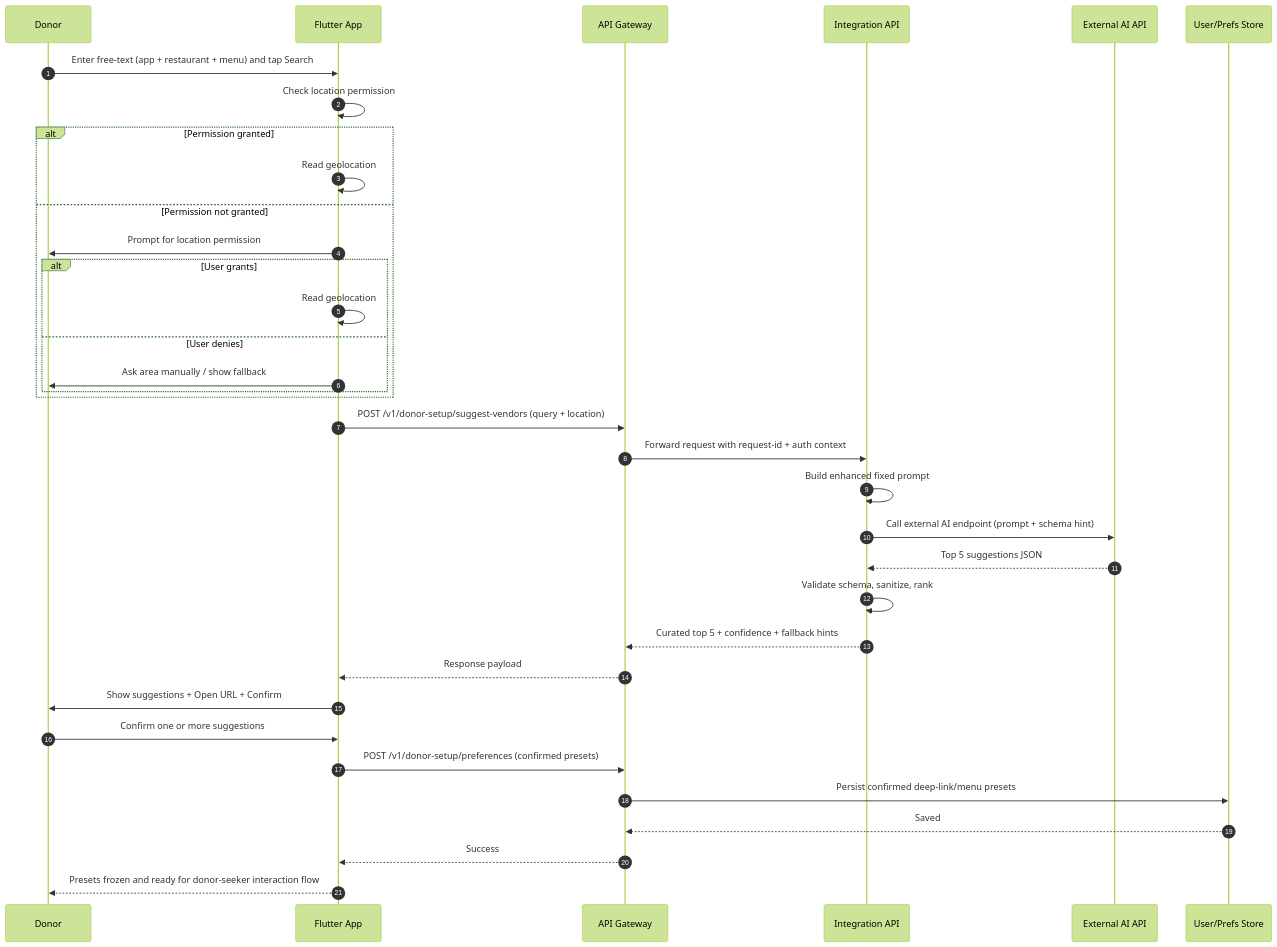
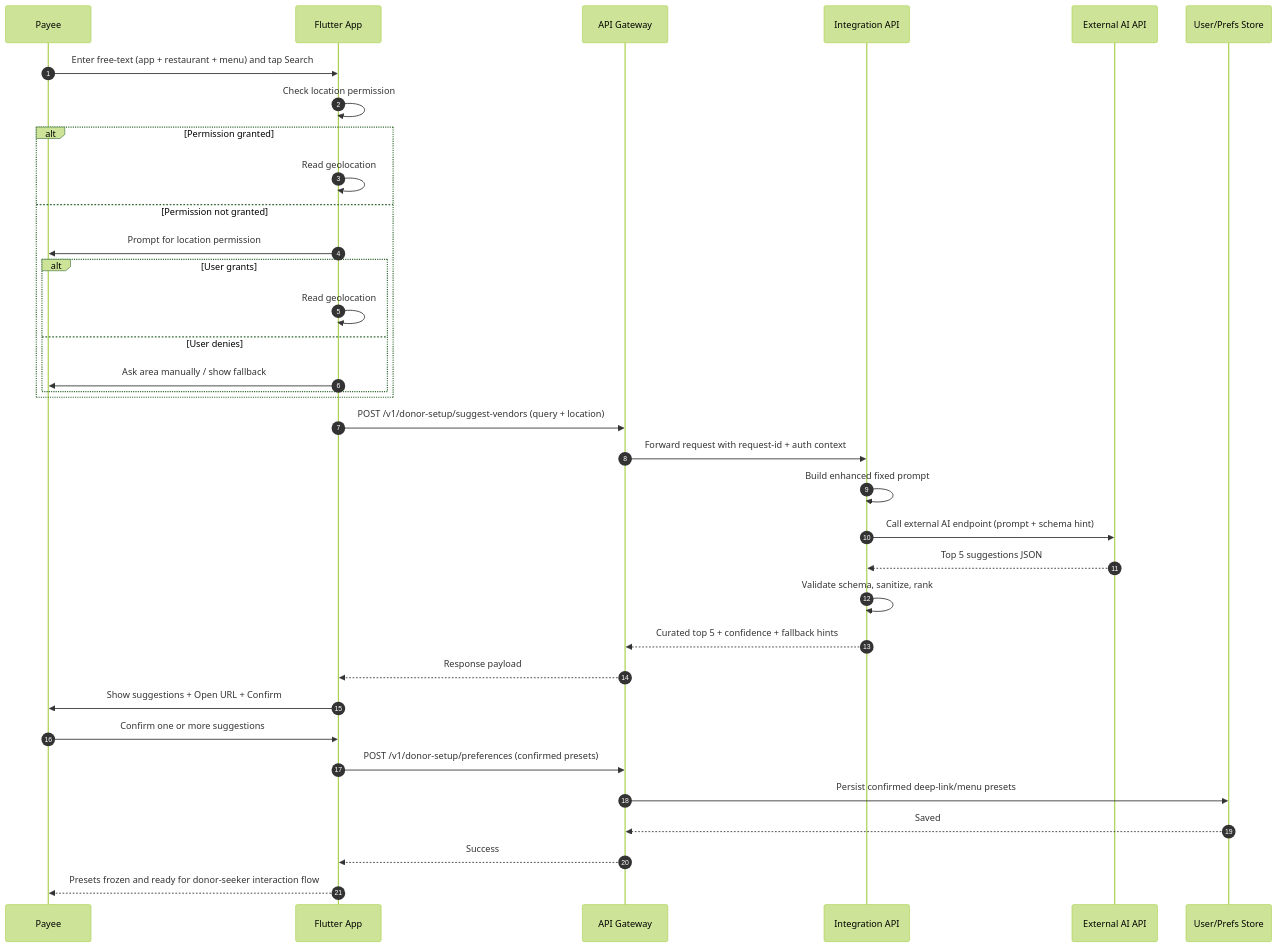
Before and after one commit to sharingbridge/sharingbridge: the diagram in design/Donor_Setup_AI_Search_Sequence.md, drawn with Mermaid (forest theme). The commit also changed other lines of this file and 36 other files, not shown here.

````diff
--- a/design/Donor_Setup_AI_Search_Sequence.md
+++ b/design/Donor_Setup_AI_Search_Sequence.md
@@ -12,40 +14,40 @@
 ```mermaid
 sequenceDiagram
     autonumber
-    participant U as Donor
+    participant U as Payee
     participant A as Flutter App
     participant G as API Gateway
     participant I as Integration API
     participant X as External AI API
     participant S as User/Prefs Store
 
     U->>A: Enter free-text (app + restaurant + menu) and tap Search
     A->>A: Check location permission
     alt Permission granted
         A->>A: Read geolocation
     else Permission not granted
         A->>U: Prompt for location permission
         alt User grants
             A->>A: Read geolocation
         else User denies
             A->>U: Ask area manually / show fallback
         end
     end
 
     A->>G: POST /v1/donor-setup/suggest-vendors (query + location)
     G->>I: Forward request with request-id + auth context
     I->>I: Build enhanced fixed prompt
     I->>X: Call external AI endpoint (prompt + schema hint)
     X-->>I: Top 5 suggestions JSON
     I->>I: Validate schema, sanitize, rank
     I-->>G: Curated top 5 + confidence + fallback hints
     G-->>A: Response payload
 
     A->>U: Show suggestions + Open URL + Confirm
     U->>A: Confirm one or more suggestions
     A->>G: POST /v1/donor-setup/preferences (confirmed presets)
     G->>S: Persist confirmed deep-link/menu presets
     S-->>G: Saved
     G-->>A: Success
     A-->>U: Presets frozen and ready for donor-seeker interaction flow
 ```
````
